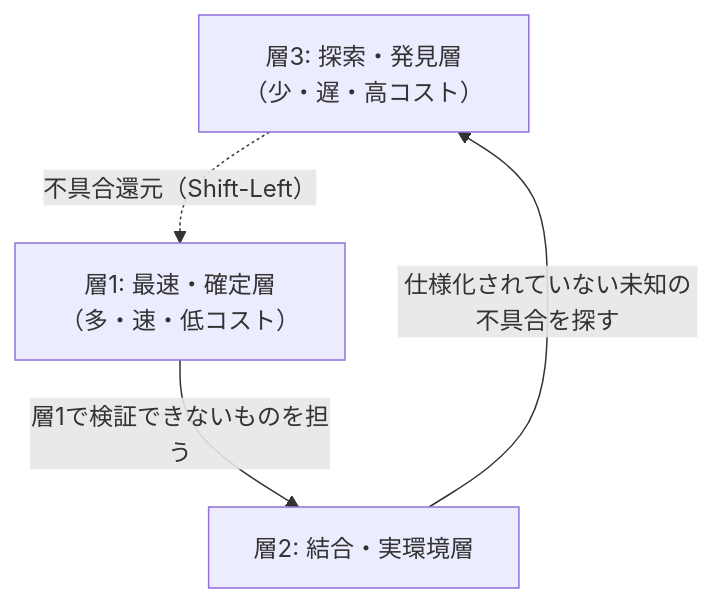
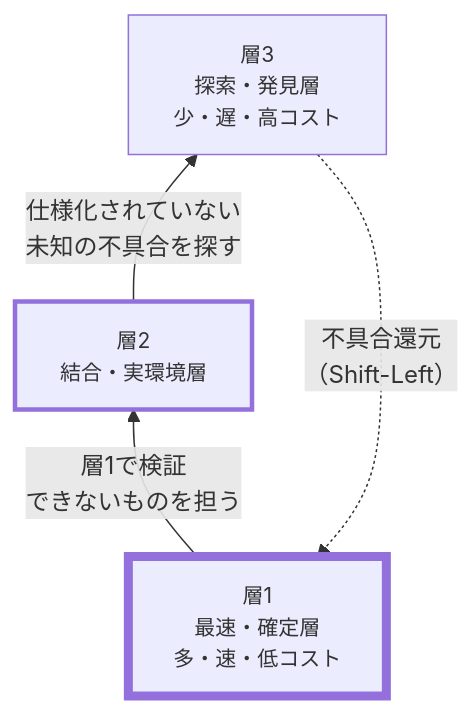
One commit to toshio-shiratori/harness-test-strategy changed the second of 2 diagrams in docs/testing/01-test-policy.md. Above: the diagram before and after it, drawn with Mermaid. The commit also changed other lines of this file, not shown here.

Commit message:
docs: 01 §3 3層アーキテクチャの図で、層の並び順(下が層1)が読み取れるようにする (#211) (#218)
* docs: 01 §3 3層アーキテクチャの図で、層の並び順(下が層1)が読み取れるようにする (#211)

- flowchart を BT にし、層1を下・層3を上に積み上げる。矢印の向きとラベルは変えない
- 層の厚さを枠線の太さで表し、図の読み方を説明する 1 行を足す
- ノード内を語の切れ目で改行する

* docs: 01 §3 の図の字を 14px にし、GitHub 上で語の途中で折れないようにする

---------

````diff
--- a/docs/testing/01-test-policy.md
+++ b/docs/testing/01-test-policy.md
@@ -78,9 +78,13 @@
 ```mermaid
-flowchart TB
-  L3["層3: 探索・発見層<br/>（少・遅・高コスト）"]
-  L2["層2: 結合・実環境層"]
-  L1["層1: 最速・確定層<br/>（多・速・低コスト）"]
-  L1 -- "層1で検証できないものを担う" --> L2
-  L2 -- "仕様化されていない未知の不具合を探す" --> L3
-  L3 -. "不具合還元（Shift-Left）" .-> L1
+flowchart BT
+  L1["層1<br/>最速・確定層<br/>多・速・低コスト"]
+  L2["層2<br/>結合・実環境層"]
+  L3["層3<br/>探索・発見層<br/>少・遅・高コスト"]
+  L1 -- "層1で検証<br/>できないものを担う" --> L2
+  L2 -- "仕様化されていない<br/>未知の不具合を探す" --> L3
+  L3 -. "不具合還元<br/>（Shift-Left）" .-> L1
+  style L1 stroke-width:6px
+  style L2 stroke-width:3px
+  style L3 stroke-width:1px
+  classDef default font-size:14px
 ```
````
